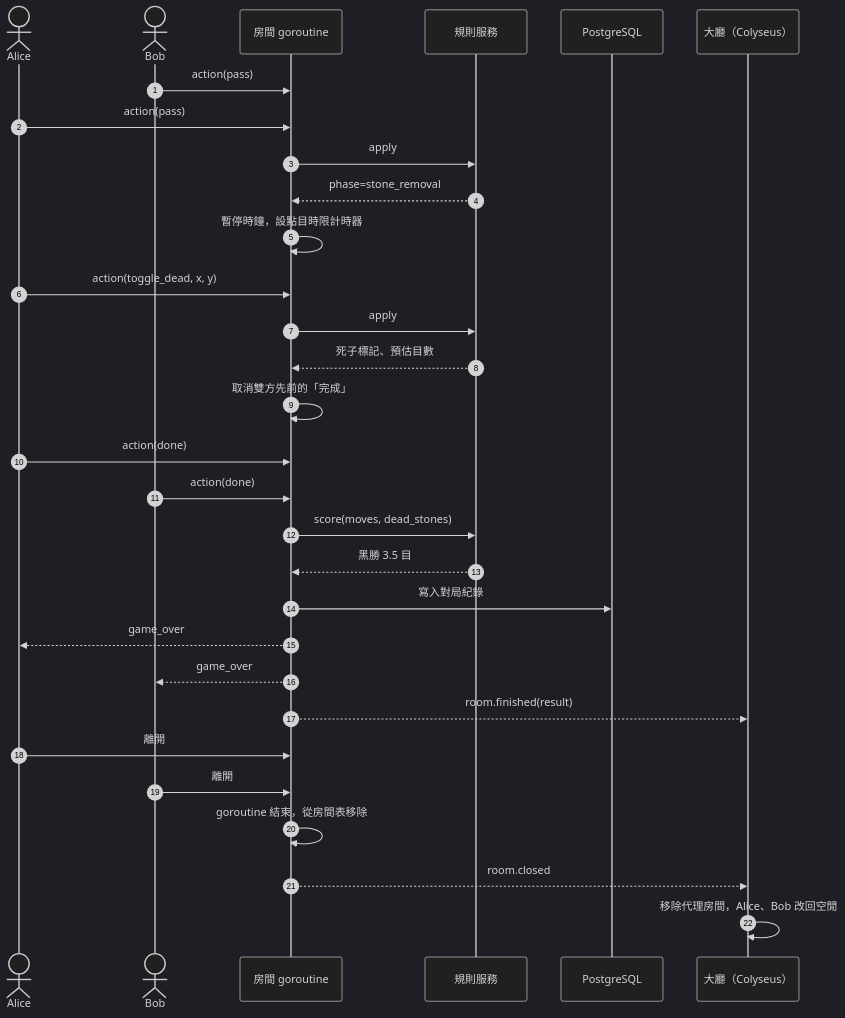
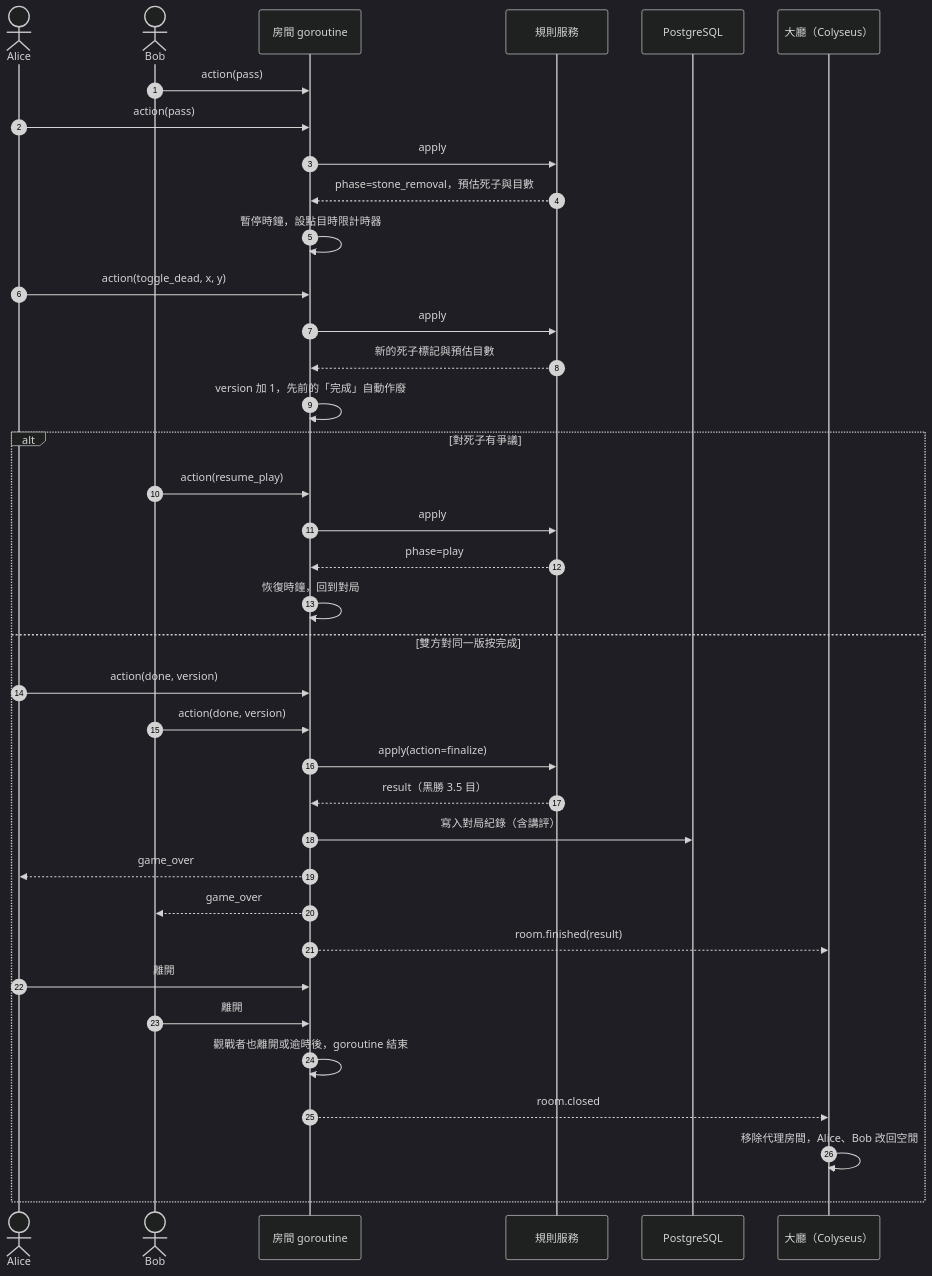
The fifth of 5 diagrams in docs/arch2.md (yshsu0918/yi-arena), drawn with Mermaid (dark theme) before and after one commit. The commit also changed other lines of this file, not shown here.

First line of the commit message:
arch2: add spectating, open rooms, server versioning, full action log for rules service, attendance timeout, tickets and reconnect tokens

````diff
--- a/docs/arch2.md
+++ b/docs/arch2.md
@@ -226,33 +320,40 @@
 ```mermaid
 sequenceDiagram
   autonumber
   actor A as Alice
   actor B as Bob
   participant R as 房間 goroutine
   participant S as 規則服務
   participant DB as PostgreSQL
   participant L as 大廳（Colyseus）
 
   B->>R: action(pass)
   A->>R: action(pass)
   R->>S: apply
-  S-->>R: phase=stone_removal
+  S-->>R: phase=stone_removal，預估死子與目數
   R->>R: 暫停時鐘，設點目時限計時器
   A->>R: action(toggle_dead, x, y)
   R->>S: apply
-  S-->>R: 死子標記、預估目數
-  R->>R: 取消雙方先前的「完成」
-  A->>R: action(done)
-  B->>R: action(done)
-  R->>S: score(moves, dead_stones)
-  S-->>R: 黑勝 3.5 目
-  R->>DB: 寫入對局紀錄
-  R-->>A: game_over
-  R-->>B: game_over
-  R-->>L: room.finished(result)
-  A->>R: 離開
-  B->>R: 離開
-  R->>R: goroutine 結束，從房間表移除
-  R-->>L: room.closed
-  L->>L: 移除代理房間，Alice、Bob 改回空閒
+  S-->>R: 新的死子標記與預估目數
+  R->>R: version 加 1，先前的「完成」自動作廢
+  alt 對死子有爭議
+    B->>R: action(resume_play)
+    R->>S: apply
+    S-->>R: phase=play
+    R->>R: 恢復時鐘，回到對局
+  else 雙方對同一版按完成
+    A->>R: action(done, version)
+    B->>R: action(done, version)
+    R->>S: apply(action=finalize)
+    S-->>R: result（黑勝 3.5 目）
+    R->>DB: 寫入對局紀錄（含講評）
+    R-->>A: game_over
+    R-->>B: game_over
+    R-->>L: room.finished(result)
+    A->>R: 離開
+    B->>R: 離開
+    R->>R: 觀戰者也離開或逾時後，goroutine 結束
+    R-->>L: room.closed
+    L->>L: 移除代理房間，Alice、Bob 改回空閒
+  end
 ```
````
